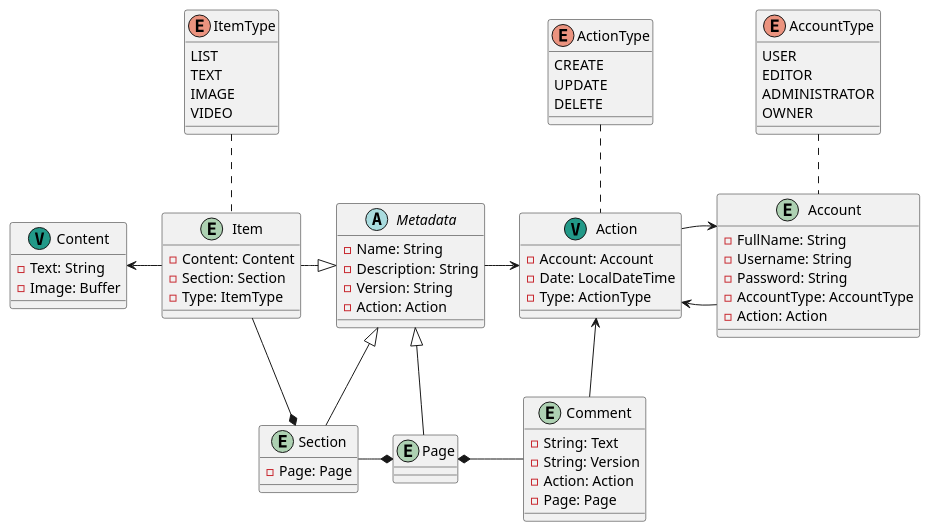
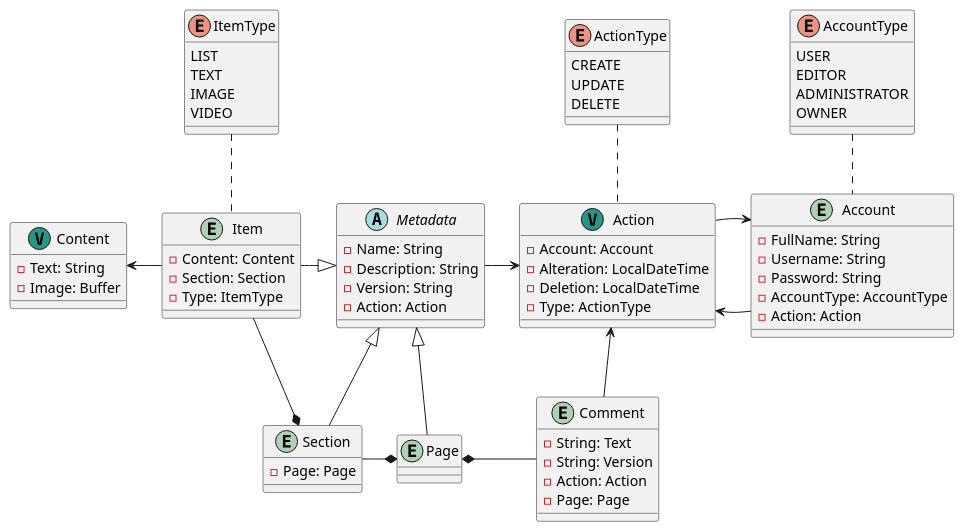
Before and after one commit to LouisFerro/HFW-HighlyFunctionalWiki: the diagram in src/main/plantuml/5. Main - Production.puml, drawn with PlantUML.

Commit message:
Adaption of concept model to account for missing attributes.

```diff
--- a/src/main/plantuml/5. Main - Production.puml
+++ b/src/main/plantuml/5. Main - Production.puml
@@ -1,104 +1,105 @@
 @startuml
 'https://plantuml.com/class-diagram'
 
 entity Account
 {
     - FullName: String
     - Username: String
     - Password: String
     - AccountType: AccountType
     - Action: Action
 }
 
 enum AccountType
 {
     USER
     EDITOR
     ADMINISTRATOR
     OWNER
 }
 
 entity Action <<(V, #229988)>>
 {
     - Account: Account
-    - Date: LocalDateTime
+    - Alteration: LocalDateTime
+    - Deletion: LocalDateTime
     - Type: ActionType
 }
 
 enum ActionType
 {
     CREATE
     UPDATE
     DELETE
 }
 
 abstract class Metadata
 {
     - Name: String
     - Description: String
     - Version: String
     - Action: Action
 }
 
 entity Page
 {
 
 }
 
 entity Section
 {
     - Page: Page
 }
 
 entity Item
 {
     - Content: Content
     - Section: Section
     - Type: ItemType
 }
 
 enum ItemType
 {
     LIST
     TEXT
     IMAGE
     VIDEO
 }
 
 entity Content <<(V, #229988)>>
 {
     - Text: String
     - Image: Buffer
 }
 
 entity Comment
 {
     - String: Text
     - String: Version
     - Action: Action
     - Page: Page
 }
 
 Account .up. AccountType
 Account -left-> Action
 
 Action -right-> Account
 Action .up. ActionType
 
 Metadata -right-> Action
 
 Comment -up-> Action
 Comment -left-* Page
 
 Page -up-|> Metadata
 
 Section -up-|> Metadata
 Section -right-* Page
 
 Item -right-|> Metadata
 Item -down-* Section
 Item -left-> Content
 Item .up. ItemType
 
 
 @enduml
```
